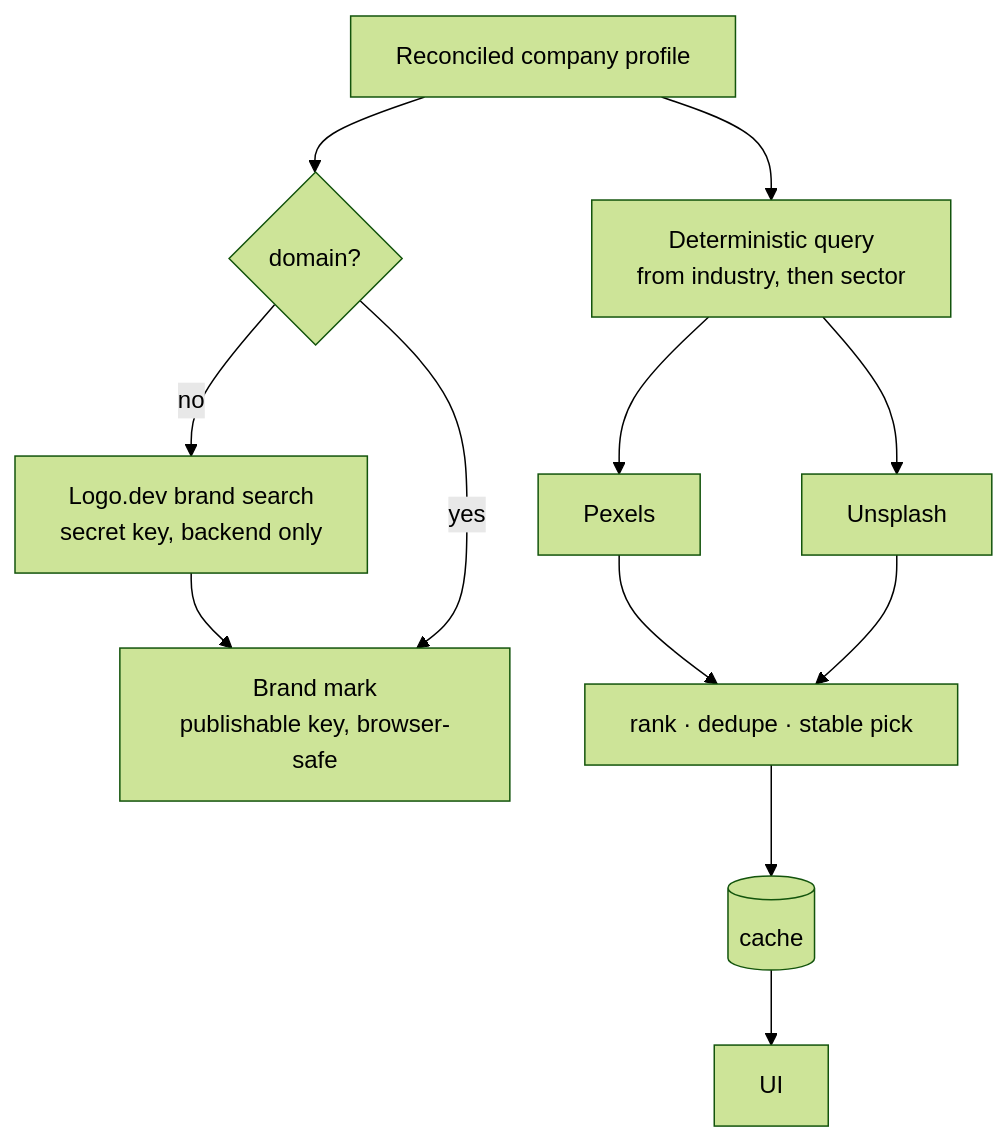
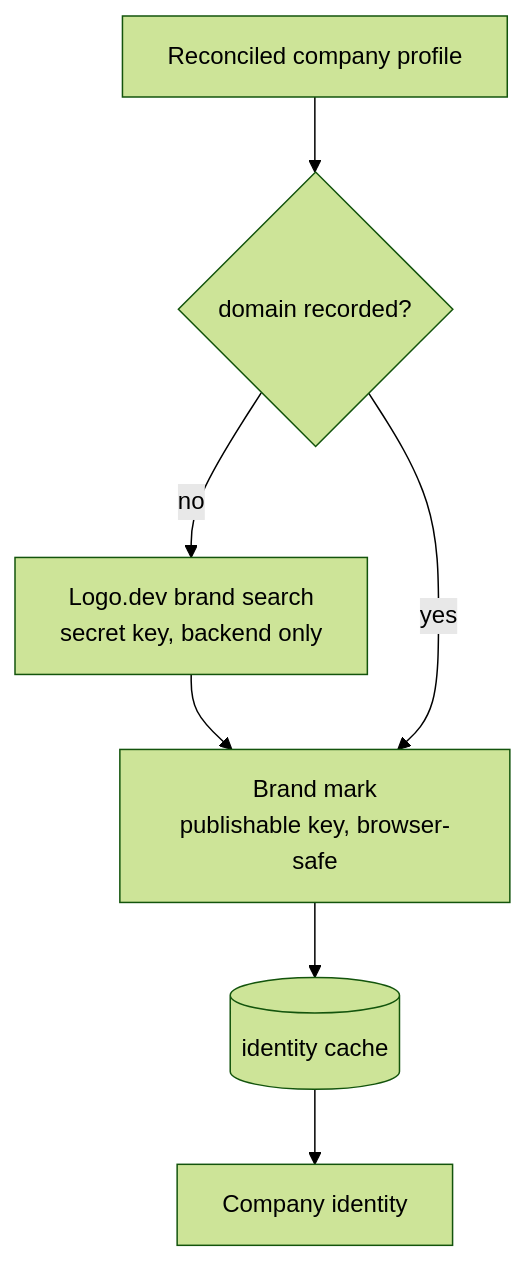
The eighth of 8 diagrams in README.md (iAakash1/miniAladdin), drawn with Mermaid (forest theme) before and after one commit. The commit also changed other lines of this file and 26 other files, not shown here.

````diff
--- a/README.md
+++ b/README.md
@@ -380,9 +380,7 @@
 ```mermaid
 flowchart TB
-    P["Reconciled company profile"] --> D{"domain?"}
+    P["Reconciled company profile"] --> D{"domain recorded?"}
     D -->|no| BS["Logo.dev brand search<br/>secret key, backend only"] --> LOGO["Brand mark<br/>publishable key, browser-safe"]
     D -->|yes| LOGO
-    P --> Q["Deterministic query<br/>from industry, then sector"]
-    Q --> PX["Pexels"] & US["Unsplash"]
-    PX & US --> RANK["rank · dedupe · stable pick"] --> C[("cache")] --> UI
+    LOGO --> C[("identity cache")] --> UI["Company identity"]
 ```
````
